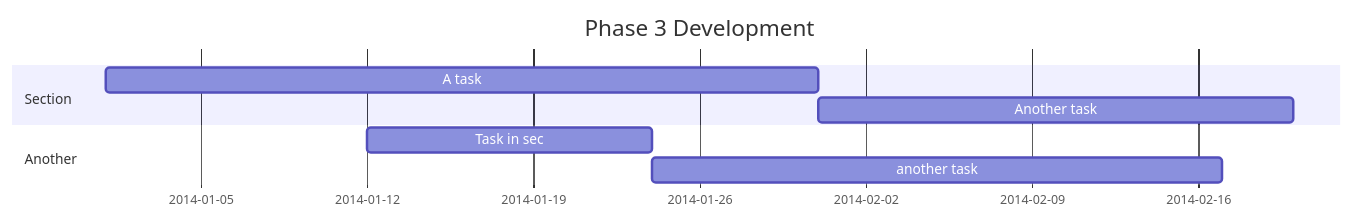
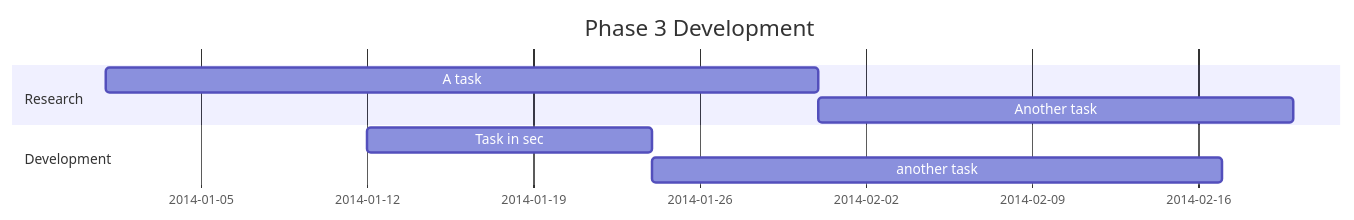
Before and after one commit to Joshua-Yuill/Votley_Final-Year-Project: the third of 3 diagrams in Docs/report.md, drawn with Mermaid. The commit also changed other lines of this file and 1 other file, not shown here.

````diff
--- a/Docs/report.md
+++ b/Docs/report.md
@@ -64,11 +126,11 @@
 ```mermaid
 gantt
     title Phase 3 Development
     dateFormat  YYYY-MM-DD
-    section Section
+    section Research
     A task           :a1, 2014-01-01, 30d
     Another task     :after a1  , 20d
-    section Another
+    section Development
     Task in sec      :2014-01-12  , 12d
     another task      : 24d
 ```
````
